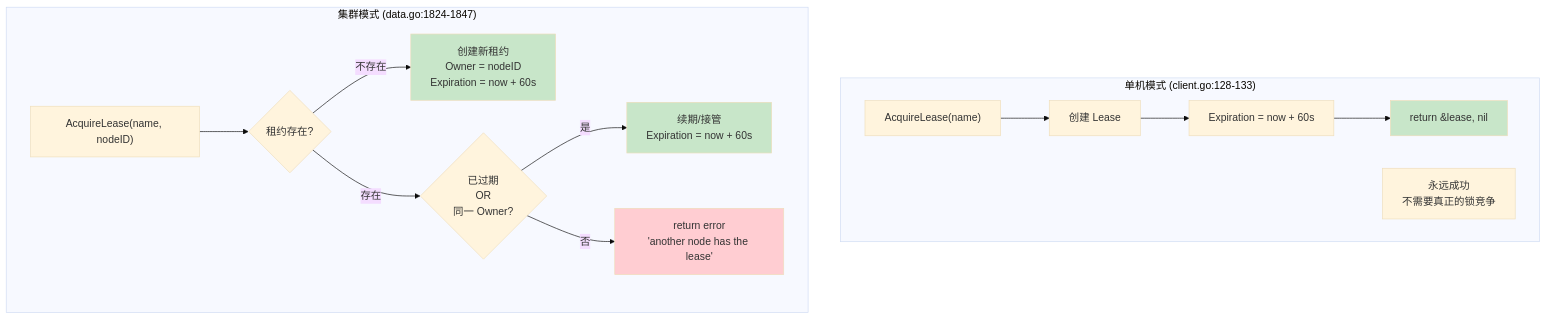
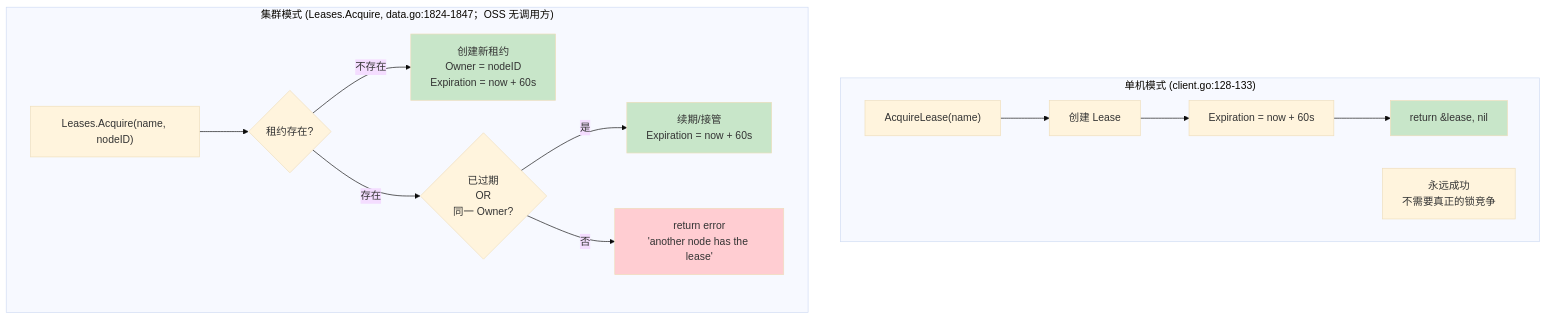
Before and after one commit to stefanv5/influxdb: diagram 11 of 17 in docs/specs/12_background_services_spec.md, drawn with Mermaid (base theme). The commit also changed other lines of this file and 16 other files, not shown here.

First line of the commit message:
docs: correct and deepen the 17 architecture specs

````diff
--- a/docs/specs/12_background_services_spec.md
+++ b/docs/specs/12_background_services_spec.md
@@ -1079,22 +1370,22 @@
 ```mermaid
 flowchart TD
     subgraph "单机模式 (client.go:128-133)"
         S1["AcquireLease(name)"] --> S2["创建 Lease"]
         S2 --> S3["Expiration = now + 60s"]
         S3 --> S4["return &lease, nil"]
         Note1["永远成功<br/>不需要真正的锁竞争"]
     end
 
-    subgraph "集群模式 (data.go:1824-1847)"
-        C1["AcquireLease(name, nodeID)"] --> C2{"租约存在?"}
+    subgraph "集群模式 (Leases.Acquire, data.go:1824-1847；OSS 无调用方)"
+        C1["Leases.Acquire(name, nodeID)"] --> C2{"租约存在?"}
         C2 -->|"不存在"| C3["创建新租约<br/>Owner = nodeID<br/>Expiration = now + 60s"]
         C2 -->|"存在"| C4{"已过期<br/>OR<br/>同一 Owner?"}
         C4 -->|"是"| C5["续期/接管<br/>Expiration = now + 60s"]
         C4 -->|"否"| C6["return error<br/>'another node has the lease'"]
     end
 
     style S4 fill:#c8e6c9
     style C3 fill:#c8e6c9
     style C5 fill:#c8e6c9
     style C6 fill:#ffcdd2
 ```
````
